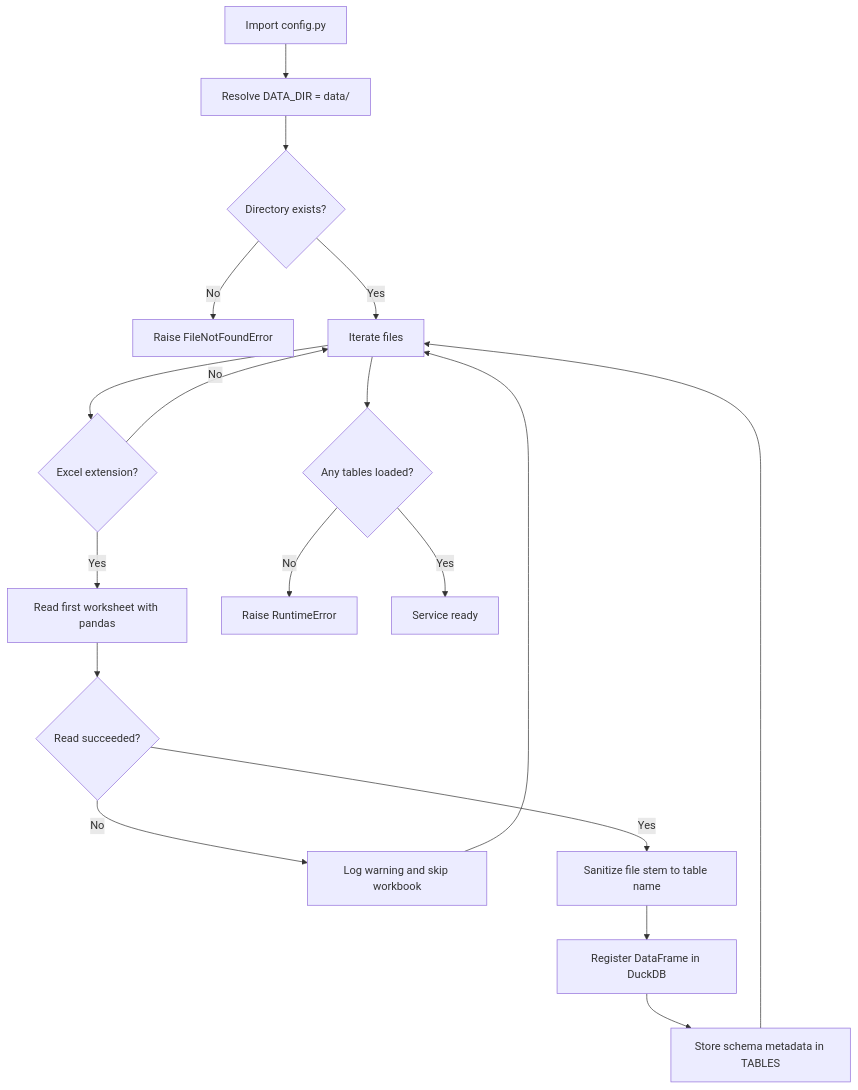
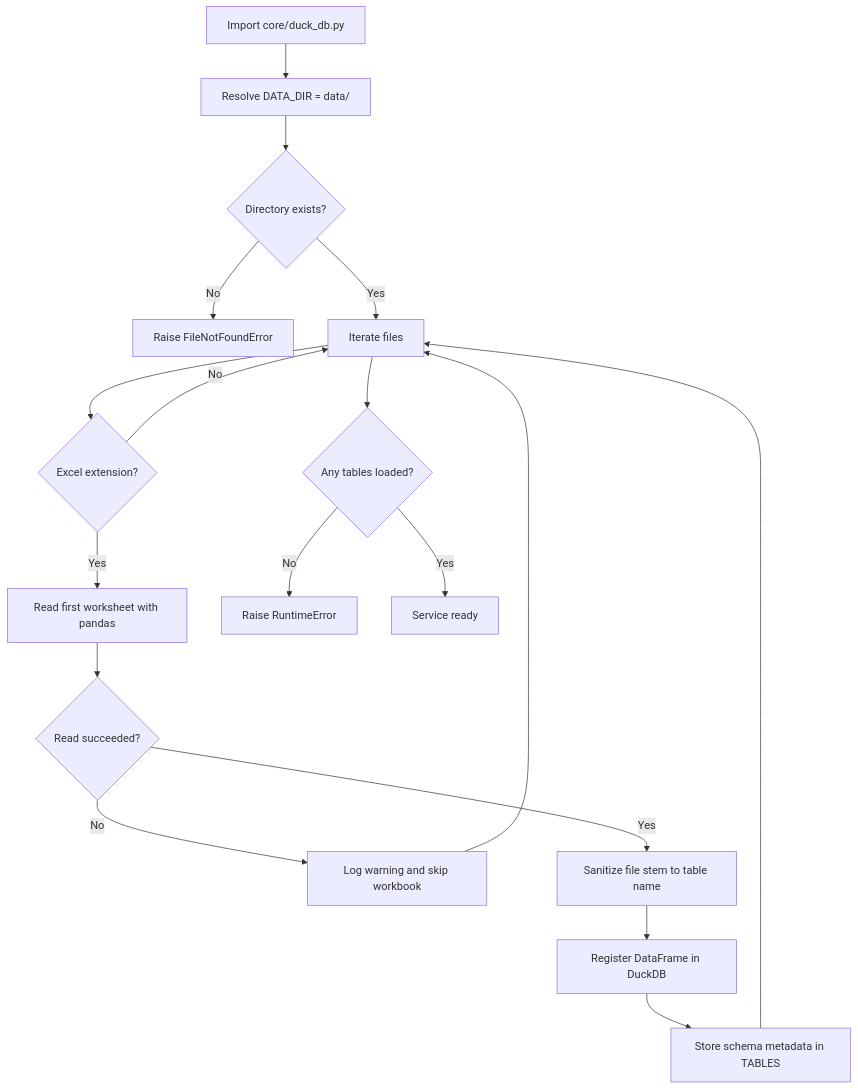
The third of 4 diagrams in src/rag_service/README.md (konstantinosmpouros/mAgenticX), drawn with Mermaid before and after one commit. The commit also changed other lines of this file and 30 other files, not shown here.

````diff
--- a/src/rag_service/README.md
+++ b/src/rag_service/README.md
@@ -87,20 +89,20 @@
 ```mermaid
 flowchart TD
-    A[Import config.py] --> B[Resolve DATA_DIR = data/]
+    A[Import core/duck_db.py] --> B[Resolve DATA_DIR = data/]
     B --> C{Directory exists?}
     C -->|No| D[Raise FileNotFoundError]
     C -->|Yes| E[Iterate files]
     E --> F{Excel extension?}
     F -->|No| E
     F -->|Yes| G[Read first worksheet with pandas]
     G --> H{Read succeeded?}
     H -->|No| I[Log warning and skip workbook]
     H -->|Yes| J[Sanitize file stem to table name]
     J --> K[Register DataFrame in DuckDB]
     K --> L[Store schema metadata in TABLES]
     I --> E
     L --> E
     E --> M{Any tables loaded?}
     M -->|No| N[Raise RuntimeError]
     M -->|Yes| O[Service ready]
 ```
````
